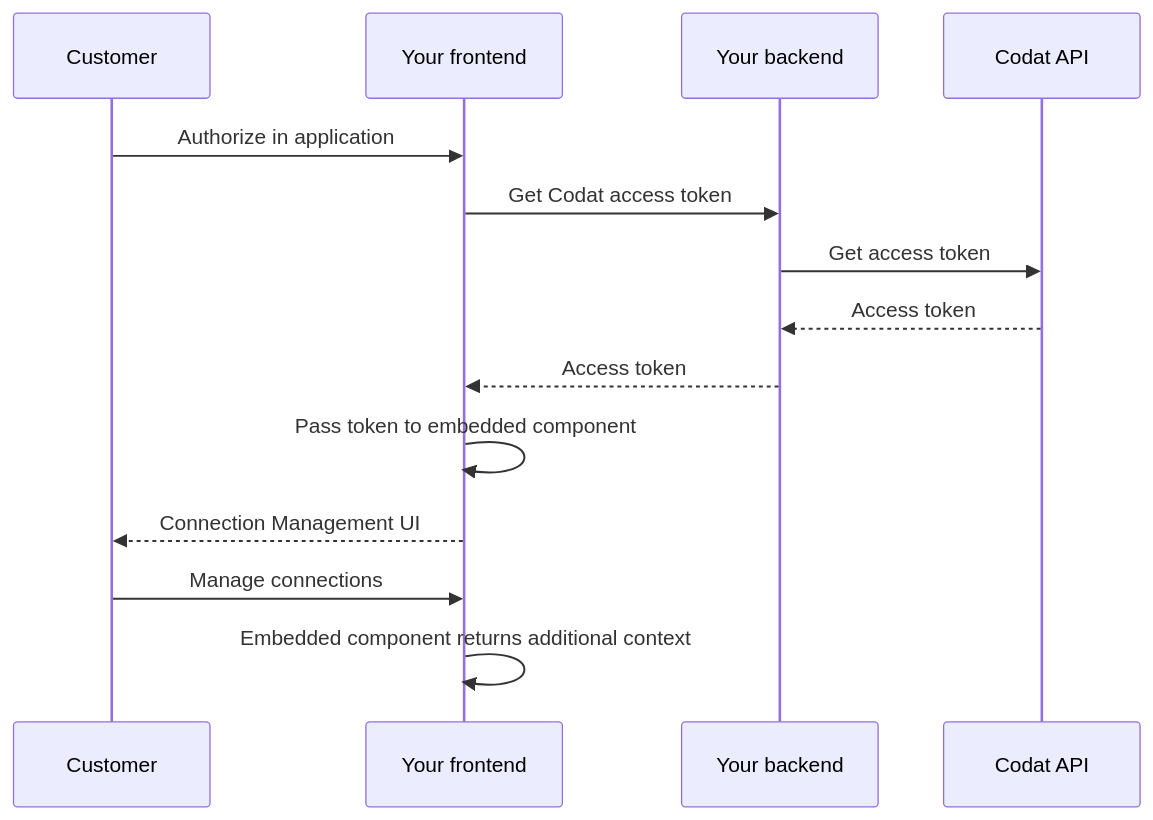
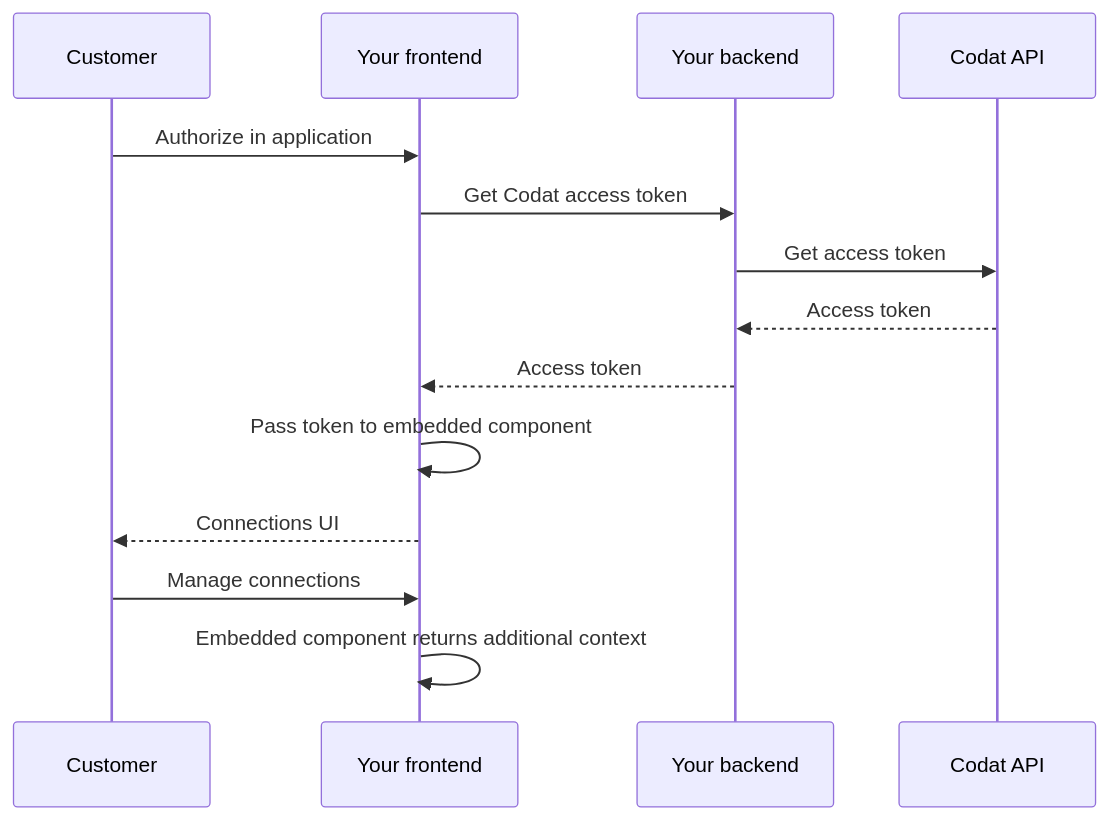
Before and after one commit to codatio/codat-docs: the diagram in docs/auth-flow/optimize/connection-management.md, drawn with Mermaid. The commit also changed other lines of this file and 2 other files, not shown here.

````diff
--- a/docs/auth-flow/optimize/connection-management.md
+++ b/docs/auth-flow/optimize/connection-management.md
@@ -135,18 +135,18 @@
 ```mermaid
 
 sequenceDiagram
     participant user as Customer
     participant fe as Your frontend 
     participant be as Your backend
     participant codat as Codat API
     user ->> fe: Authorize in application
     fe ->> be: Get Codat access token
     be ->> codat: Get access token
     codat -->> be: Access token
     be -->> fe: Access token
     fe ->> fe: Pass token to embedded component
-    fe -->> user: Connection Management UI
+    fe -->> user: Connections UI
     user ->> fe: Manage connections
 fe ->> fe: Embedded component returns additional context
 
 ```
````
